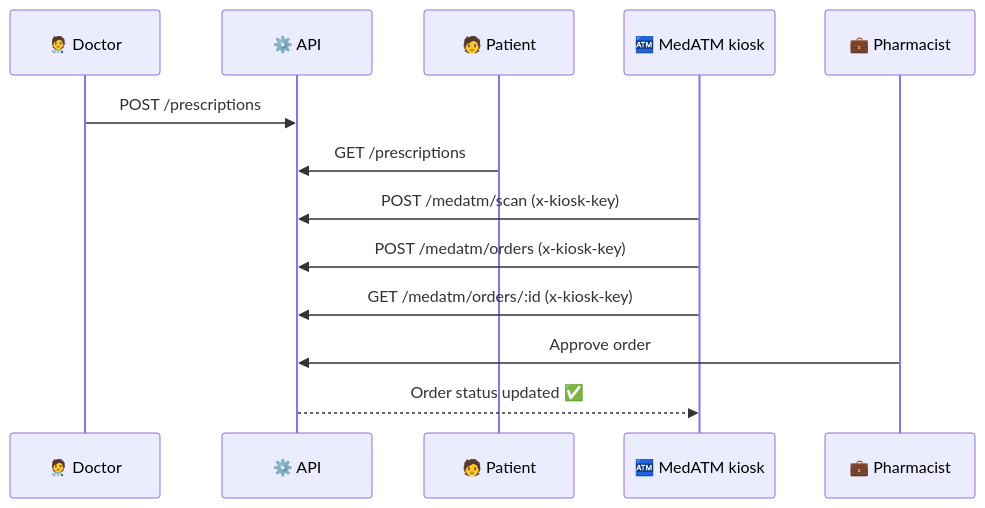
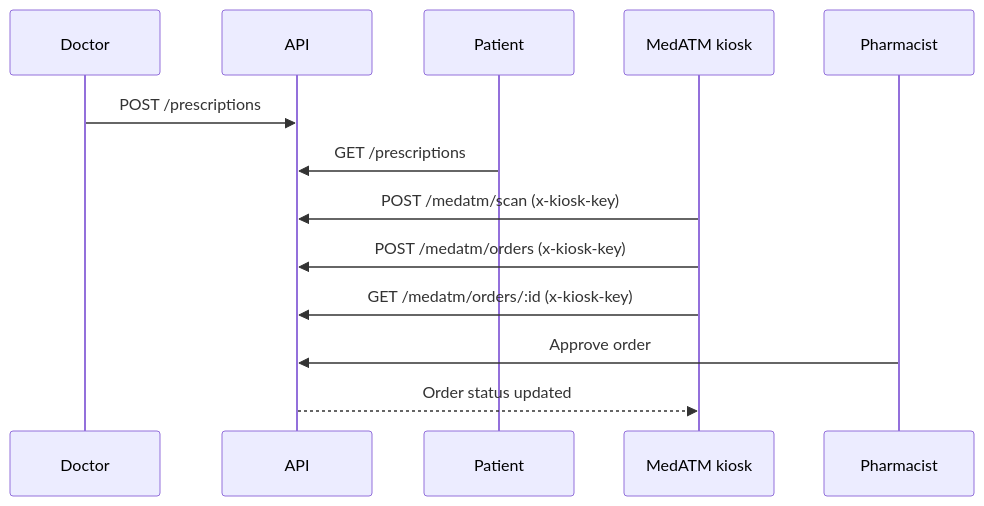
One commit to nyctophile-man/Sarvayuh changed the fifth of 5 diagrams in README.md. Above: the diagram before and after it, drawn with Mermaid. The commit also changed other lines of this file, not shown here.

````diff
--- a/README.md
+++ b/README.md
@@ -303,16 +217,16 @@
 ```mermaid
 sequenceDiagram
-    participant D as 🧑‍⚕️ Doctor
-    participant API as ⚙️ API
-    participant P as 🧑 Patient
-    participant K as 🏧 MedATM kiosk
-    participant PH as 💼 Pharmacist
+    participant D as Doctor
+    participant API
+    participant P as Patient
+    participant K as MedATM kiosk
+    participant PH as Pharmacist
 
     D->>API: POST /prescriptions
     P->>API: GET /prescriptions
     K->>API: POST /medatm/scan (x-kiosk-key)
     K->>API: POST /medatm/orders (x-kiosk-key)
     K->>API: GET /medatm/orders/:id (x-kiosk-key)
     PH->>API: Approve order
-    API-->>K: Order status updated ✅
+    API-->>K: Order status updated
 ```
````
